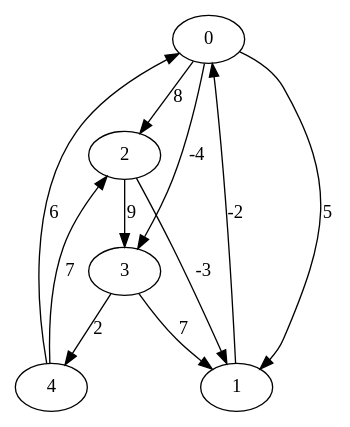
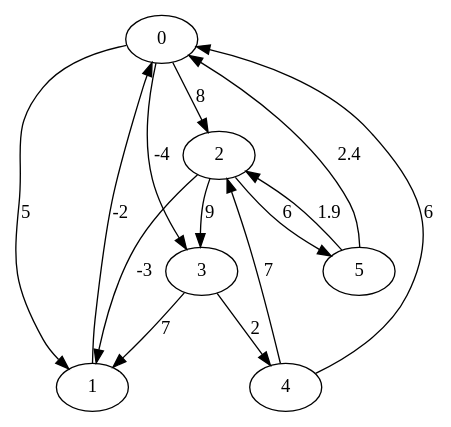
One commit to gresendesa/pathfinding changed the diagram in g2.dot. Above: the diagram before and after it, drawn with Graphviz. The commit also changed 2 other files, not shown here.

```diff
--- a/g2.dot
+++ b/g2.dot
@@ -1,12 +1,15 @@
 digraph g {
 	0 -> 1 [label=5];
 	0 -> 2 [label=8];
 	0 -> 3 [label=-4];
 	1 -> 0 [label=-2];
 	2 -> 1 [label=-3];
 	2 -> 3 [label=9];
+	2 -> 5 [label=6];
 	3 -> 4 [label=2];
 	3 -> 1 [label=7];
 	4 -> 0 [label=6];
 	4 -> 2 [label=7];
+	5 -> 0 [label=2.4];
+	5 -> 2 [label=1.9];
 }
```
